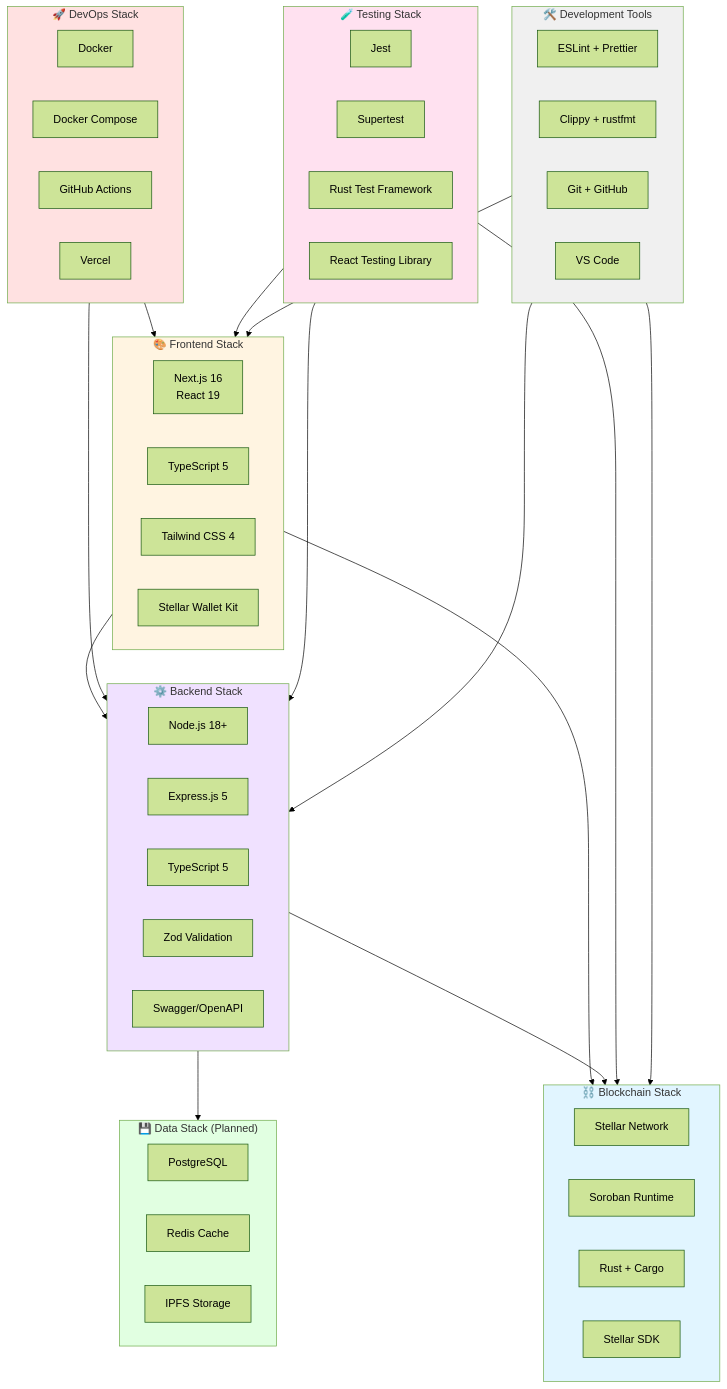
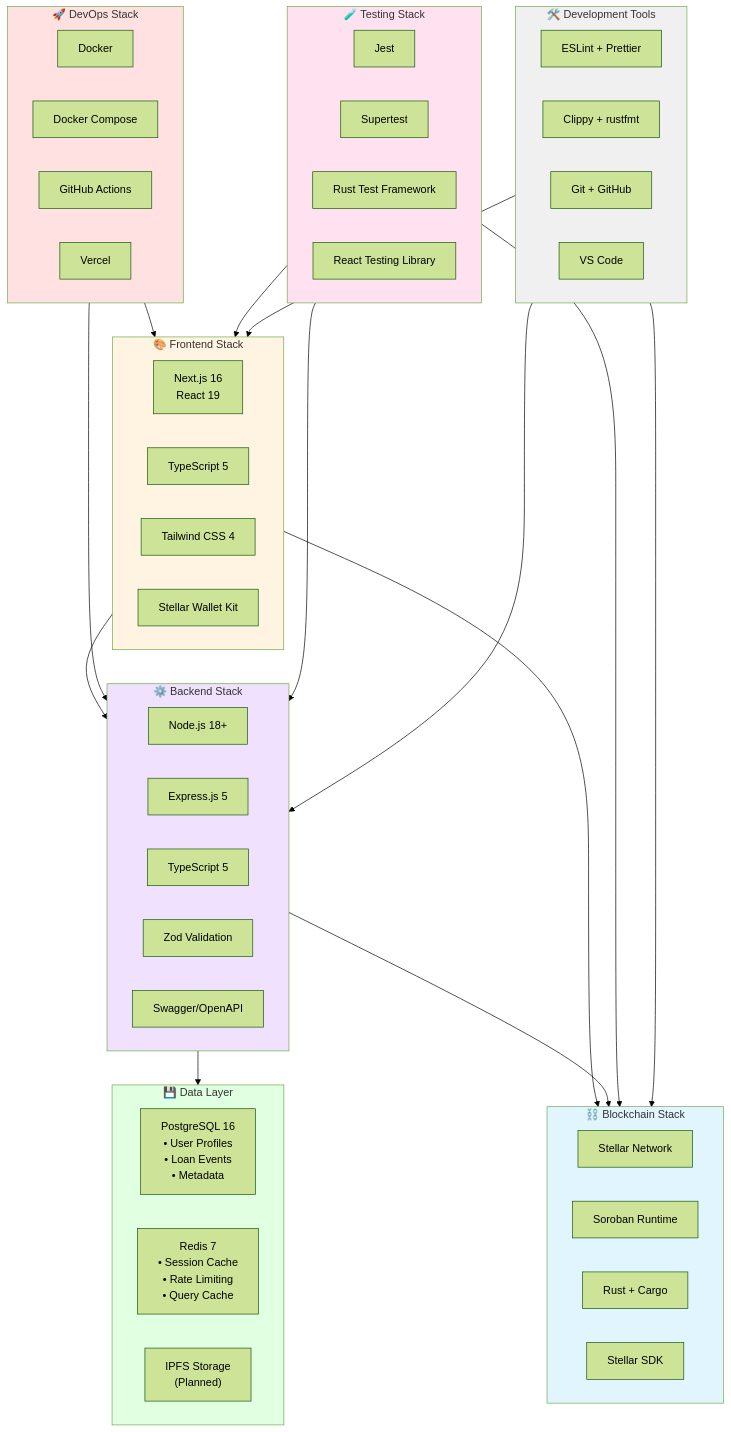
One commit to Ziza-Lend/ZizaLend changed diagram 14 of 20 in ARCHITECTURE.md. Above: the diagram before and after it, drawn with Mermaid (forest theme). The commit also changed other lines of this file, not shown here.

Commit message:
docs: update ARCHITECTURE.md to reflect implemented database and cache layers

````diff
--- a/ARCHITECTURE.md
+++ b/ARCHITECTURE.md
@@ -857,72 +857,72 @@
 ```mermaid
 graph TB
     subgraph Frontend["🎨 Frontend Stack"]
         FE1["Next.js 16<br/>React 19"]
         FE2["TypeScript 5"]
         FE3["Tailwind CSS 4"]
         FE4["Stellar Wallet Kit"]
     end
     
     subgraph Backend["⚙️ Backend Stack"]
         BE1["Node.js 18+"]
         BE2["Express.js 5"]
         BE3["TypeScript 5"]
         BE4["Zod Validation"]
         BE5["Swagger/OpenAPI"]
     end
     
     subgraph Blockchain["⛓️ Blockchain Stack"]
         BC1["Stellar Network"]
         BC2["Soroban Runtime"]
         BC3["Rust + Cargo"]
         BC4["Stellar SDK"]
     end
     
-    subgraph Database["💾 Data Stack (Planned)"]
-        DB1["PostgreSQL"]
-        DB2["Redis Cache"]
-        DB3["IPFS Storage"]
+    subgraph Database["💾 Data Layer"]
+        DB1["PostgreSQL 16<br/>• User Profiles<br/>• Loan Events<br/>• Metadata"]
+        DB2["Redis 7<br/>• Session Cache<br/>• Rate Limiting<br/>• Query Cache"]
+        DB3["IPFS Storage<br/>(Planned)"]
     end
     
     subgraph DevOps["🚀 DevOps Stack"]
         DO1["Docker"]
         DO2["Docker Compose"]
         DO3["GitHub Actions"]
         DO4["Vercel"]
     end
     
     subgraph Testing["🧪 Testing Stack"]
         T1["Jest"]
         T2["Supertest"]
         T3["Rust Test Framework"]
         T4["React Testing Library"]
     end
     
     subgraph Tools["🛠️ Development Tools"]
         TL1["ESLint + Prettier"]
         TL2["Clippy + rustfmt"]
         TL3["Git + GitHub"]
         TL4["VS Code"]
     end
     
     Frontend --> Backend
     Frontend --> Blockchain
     Backend --> Database
     Backend --> Blockchain
     DevOps --> Frontend
     DevOps --> Backend
     Testing --> Frontend
     Testing --> Backend
     Testing --> Blockchain
     Tools --> Frontend
     Tools --> Backend
     Tools --> Blockchain
     
     style Frontend fill:#fff4e1
     style Backend fill:#f0e1ff
     style Blockchain fill:#e1f5ff
     style Database fill:#e1ffe1
     style DevOps fill:#ffe1e1
     style Testing fill:#ffe1f0
     style Tools fill:#f0f0f0
 ```
````
